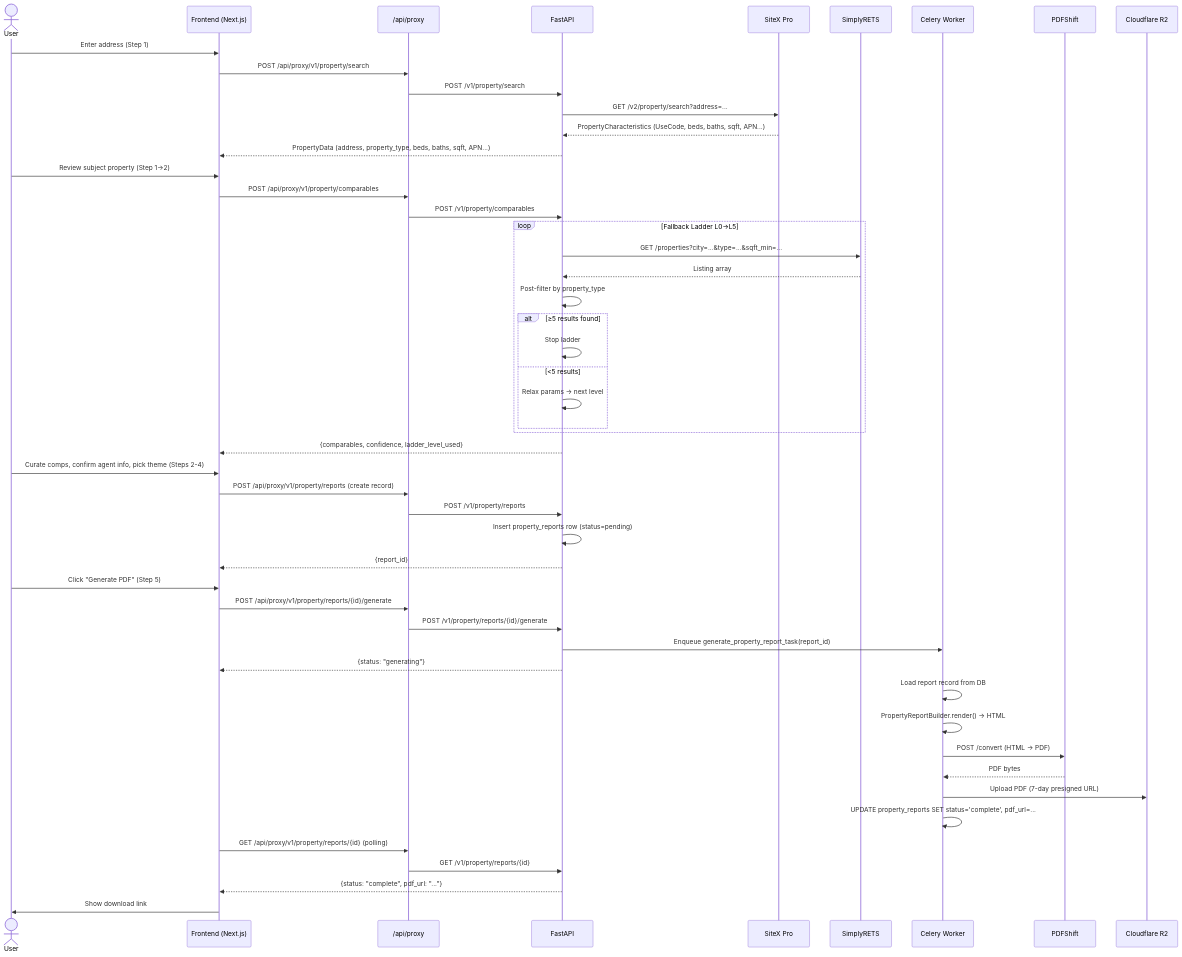
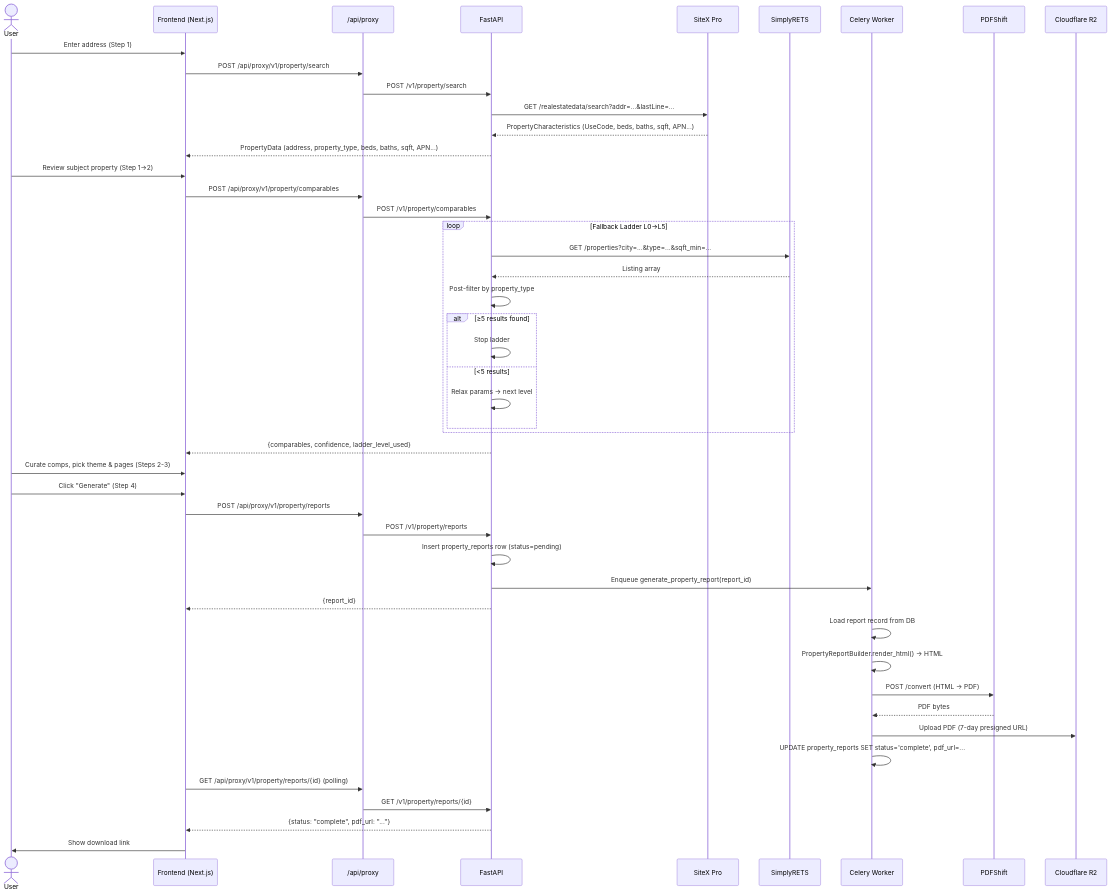
Before and after one commit to easydeed/reportscompany: the first of 2 diagrams in docs/architecture/WIZARD_AND_API_CALLS.md, drawn with Mermaid. The commit also changed other lines of this file and 1 other file, not shown here.

First line of the commit message:
docs: merge wizard docs — salvage verified SiteX section, delete duplicate

````diff
--- a/docs/architecture/WIZARD_AND_API_CALLS.md
+++ b/docs/architecture/WIZARD_AND_API_CALLS.md
@@ -21,60 +20,57 @@
 ```mermaid
 sequenceDiagram
     actor User
     participant FE as Frontend (Next.js)
     participant Proxy as /api/proxy
     participant API as FastAPI
     participant SiteX as SiteX Pro
     participant SRETS as SimplyRETS
     participant Worker as Celery Worker
     participant PDFShift
     participant R2 as Cloudflare R2
 
     User->>FE: Enter address (Step 1)
     FE->>Proxy: POST /api/proxy/v1/property/search
     Proxy->>API: POST /v1/property/search
-    API->>SiteX: GET /v2/property/search?address=...
+    API->>SiteX: GET /realestatedata/search?addr=...&lastLine=...
     SiteX-->>API: PropertyCharacteristics (UseCode, beds, baths, sqft, APN...)
     API-->>FE: PropertyData (address, property_type, beds, baths, sqft, APN...)
 
     User->>FE: Review subject property (Step 1→2)
     FE->>Proxy: POST /api/proxy/v1/property/comparables
     Proxy->>API: POST /v1/property/comparables
 
     loop Fallback Ladder L0→L5
         API->>SRETS: GET /properties?city=...&type=...&sqft_min=...
         SRETS-->>API: Listing array
         API->>API: Post-filter by property_type
         alt ≥5 results found
             API->>API: Stop ladder
         else <5 results
             API->>API: Relax params → next level
         end
     end
 
     API-->>FE: {comparables, confidence, ladder_level_used}
 
-    User->>FE: Curate comps, confirm agent info, pick theme (Steps 2-4)
-    FE->>Proxy: POST /api/proxy/v1/property/reports (create record)
+    User->>FE: Curate comps, pick theme & pages (Steps 2-3)
+
+    User->>FE: Click "Generate" (Step 4)
+    FE->>Proxy: POST /api/proxy/v1/property/reports
     Proxy->>API: POST /v1/property/reports
     API->>API: Insert property_reports row (status=pending)
+    API->>Worker: Enqueue generate_property_report(report_id)
     API-->>FE: {report_id}
 
-    User->>FE: Click "Generate PDF" (Step 5)
-    FE->>Proxy: POST /api/proxy/v1/property/reports/{id}/generate
-    Proxy->>API: POST /v1/property/reports/{id}/generate
-    API->>Worker: Enqueue generate_property_report_task(report_id)
-    API-->>FE: {status: "generating"}
-
     Worker->>Worker: Load report record from DB
-    Worker->>Worker: PropertyReportBuilder.render() → HTML
+    Worker->>Worker: PropertyReportBuilder.render_html() → HTML
     Worker->>PDFShift: POST /convert (HTML → PDF)
     PDFShift-->>Worker: PDF bytes
     Worker->>R2: Upload PDF (7-day presigned URL)
     Worker->>Worker: UPDATE property_reports SET status='complete', pdf_url=...
 
     FE->>Proxy: GET /api/proxy/v1/property/reports/{id} (polling)
     Proxy->>API: GET /v1/property/reports/{id}
     API-->>FE: {status: "complete", pdf_url: "..."}
     FE->>User: Show download link
 ```
````
